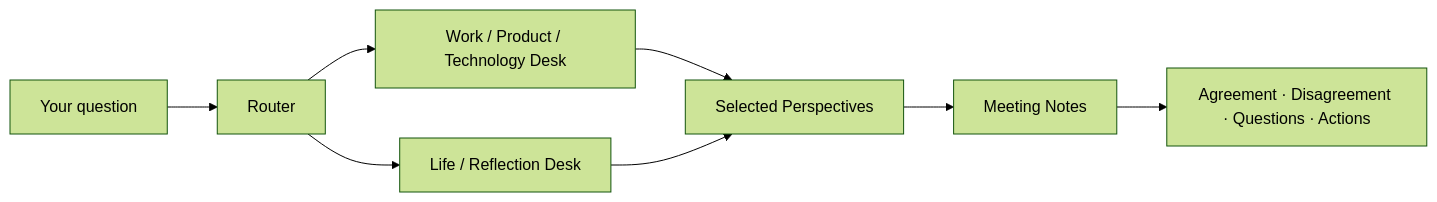
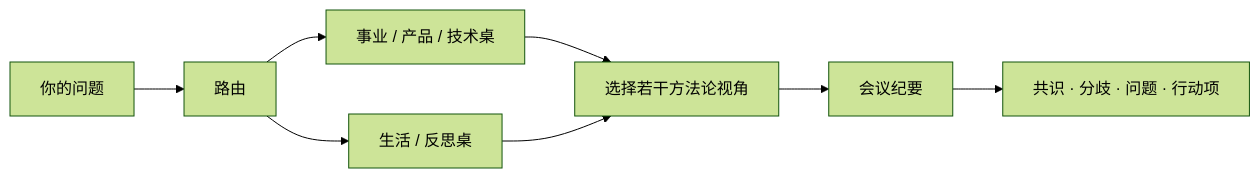
One commit to Dream22180971/wise-council-mcp changed the diagram in README.md. Above: the diagram before and after it, drawn with Mermaid (forest theme). The commit also changed other lines of this file and 4 other files, not shown here.

````diff
--- a/README.md
+++ b/README.md
@@ -33,10 +33,10 @@
 ```mermaid
 flowchart LR
-    Q[Your question] --> R[Router]
-    R --> D[Work / Product / Technology Desk]
-    R --> N[Life / Reflection Desk]
-    D --> P[Selected Perspectives]
+    Q[你的问题] --> R[路由]
+    R --> D[事业 / 产品 / 技术桌]
+    R --> N[生活 / 反思桌]
+    D --> P[选择若干方法论视角]
     N --> P
-    P --> M[Meeting Notes]
-    M --> O[Agreement · Disagreement · Questions · Actions]
+    P --> M[会议纪要]
+    M --> O[共识 · 分歧 · 问题 · 行动项]
 ```
````
